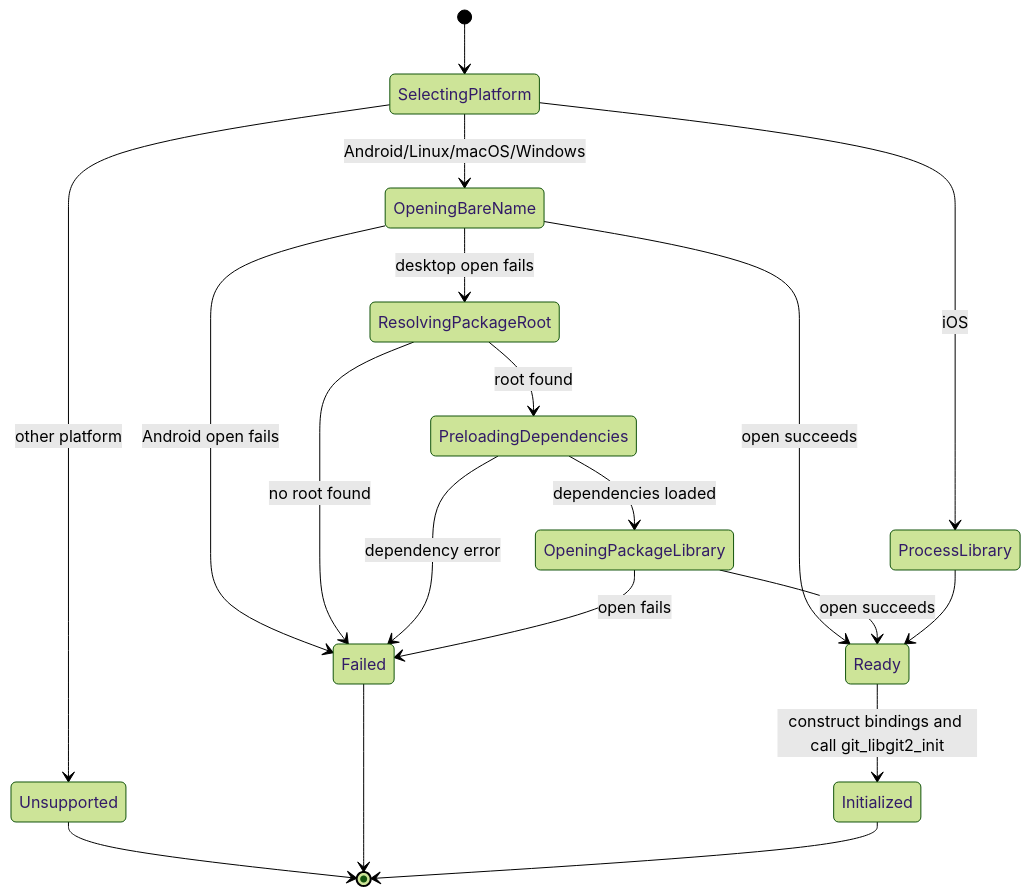
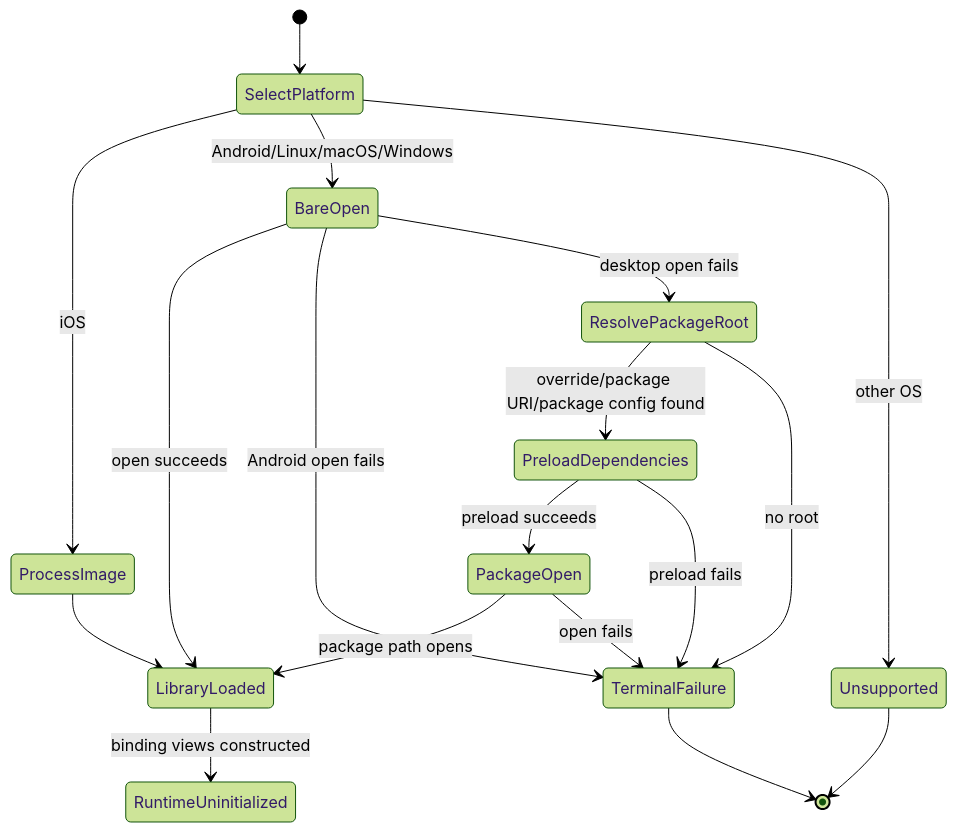
One commit to DartGit-dev/git2dart_binaries changed the fourth of 9 diagrams in .reversa/_reversa_sdd/state-machines.md. Above: the diagram before and after it, drawn with Mermaid (forest theme). The commit also changed other lines of this file and 250 other files, not shown here.

````diff
--- a/.reversa/_reversa_sdd/state-machines.md
+++ b/.reversa/_reversa_sdd/state-machines.md
@@ -5,21 +77,20 @@
 ```mermaid
 stateDiagram-v2
-  [*] --> SelectingPlatform
-  SelectingPlatform --> ProcessLibrary: iOS
-  SelectingPlatform --> OpeningBareName: Android/Linux/macOS/Windows
-  SelectingPlatform --> Unsupported: other platform
-  OpeningBareName --> Ready: open succeeds
-  OpeningBareName --> Failed: Android open fails
-  OpeningBareName --> ResolvingPackageRoot: desktop open fails
-  ResolvingPackageRoot --> PreloadingDependencies: root found
-  ResolvingPackageRoot --> Failed: no root found
-  PreloadingDependencies --> OpeningPackageLibrary: dependencies loaded
-  PreloadingDependencies --> Failed: dependency error
-  OpeningPackageLibrary --> Ready: open succeeds
-  OpeningPackageLibrary --> Failed: open fails
-  ProcessLibrary --> Ready
-  Ready --> Initialized: construct bindings and call git_libgit2_init
+  [*] --> SelectPlatform
+  SelectPlatform --> ProcessImage: iOS
+  SelectPlatform --> BareOpen: Android/Linux/macOS/Windows
+  SelectPlatform --> Unsupported: other OS
+  ProcessImage --> LibraryLoaded
+  BareOpen --> LibraryLoaded: open succeeds
+  BareOpen --> TerminalFailure: Android open fails
+  BareOpen --> ResolvePackageRoot: desktop open fails
+  ResolvePackageRoot --> PreloadDependencies: override/package URI/package config found
+  ResolvePackageRoot --> TerminalFailure: no root
+  PreloadDependencies --> PackageOpen: preload succeeds
+  PreloadDependencies --> TerminalFailure: preload fails
+  PackageOpen --> LibraryLoaded: package path opens
+  PackageOpen --> TerminalFailure: open fails
+  LibraryLoaded --> RuntimeUninitialized: binding views constructed
+  TerminalFailure --> [*]
   Unsupported --> [*]
-  Failed --> [*]
-  Initialized --> [*]
 ```
````
